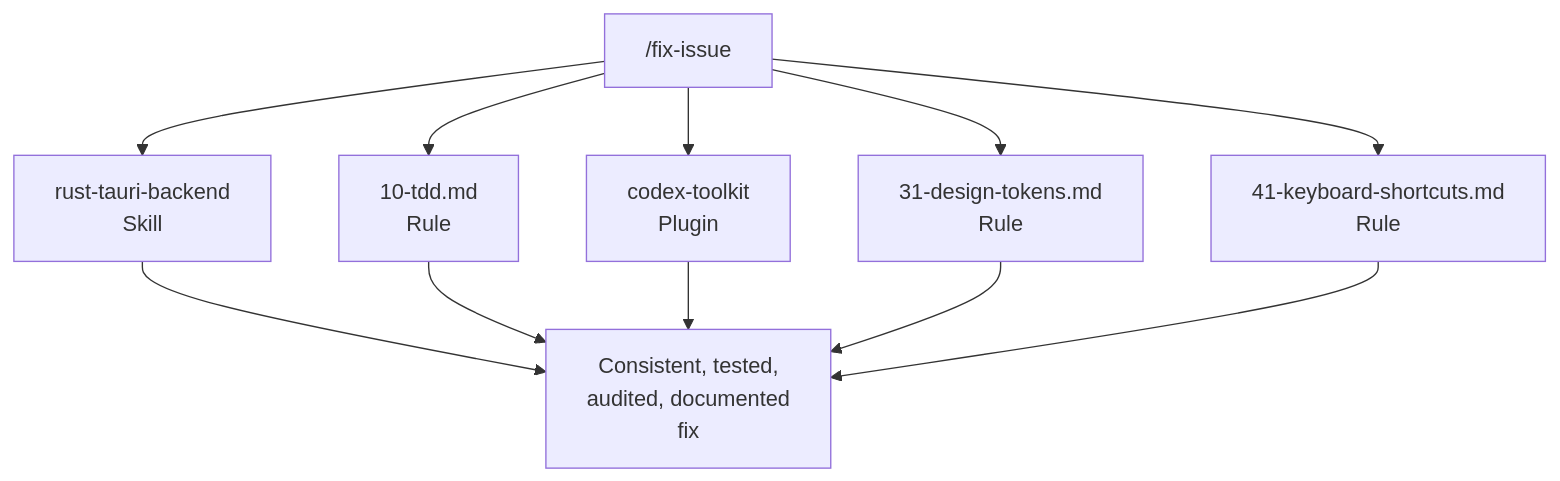
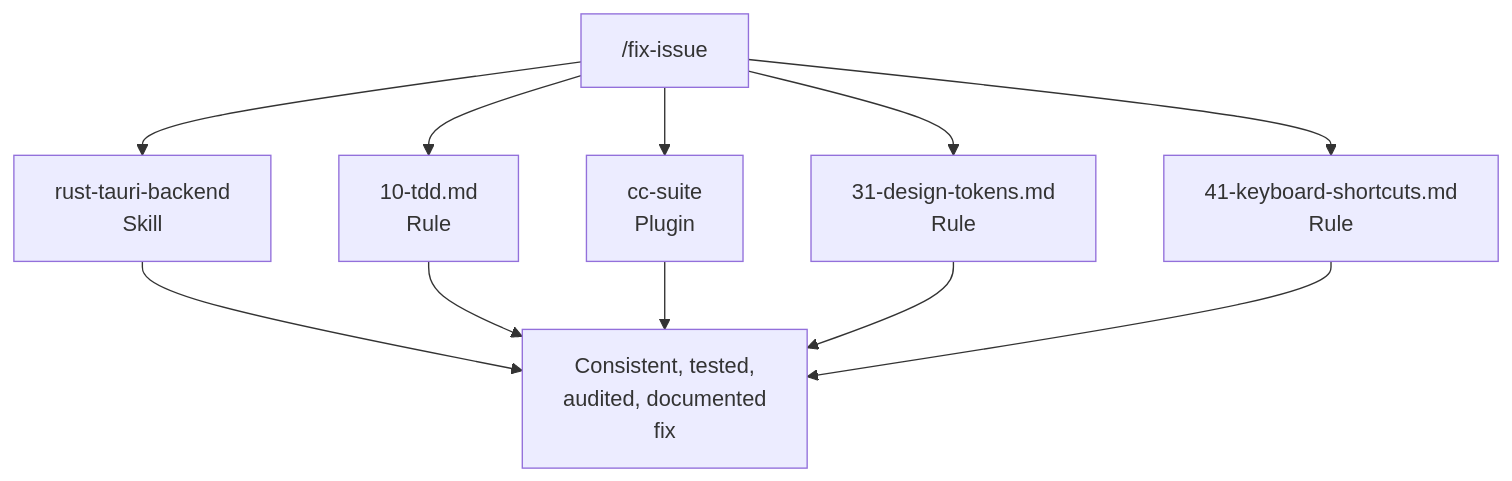
Before and after one commit to xiaolai/vmark: diagram 13 of 13 in website/guide/users-as-developers/plugins-as-infrastructure.md, drawn with Mermaid. The commit also changed other lines of this file and 29 other files, not shown here.

First line of the commit message:
chore: rename codex-toolkit references to cc-suite

````diff
--- a/website/guide/users-as-developers/plugins-as-infrastructure.md
+++ b/website/guide/users-as-developers/plugins-as-infrastructure.md
@@ -541,13 +541,13 @@
 ```mermaid
 flowchart TB
     CMD["/fix-issue"] --> SKILL["rust-tauri-backend\nSkill"]
     CMD --> RULE1["10-tdd.md\nRule"]
-    CMD --> PLUGIN["codex-toolkit\nPlugin"]
+    CMD --> PLUGIN["cc-suite\nPlugin"]
     CMD --> RULE2["31-design-tokens.md\nRule"]
     CMD --> RULE3["41-keyboard-shortcuts.md\nRule"]
     SKILL --> RESULT["Consistent, tested,\naudited, documented\nfix"]
     RULE1 --> RESULT
     PLUGIN --> RESULT
     RULE2 --> RESULT
     RULE3 --> RESULT
 ```
````
